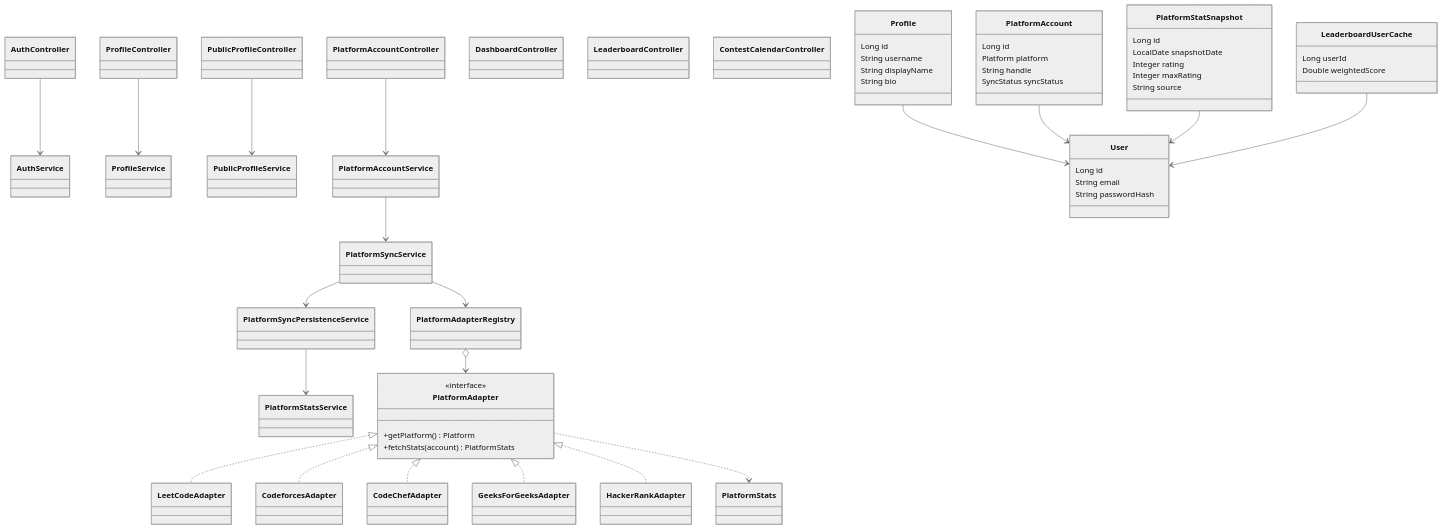
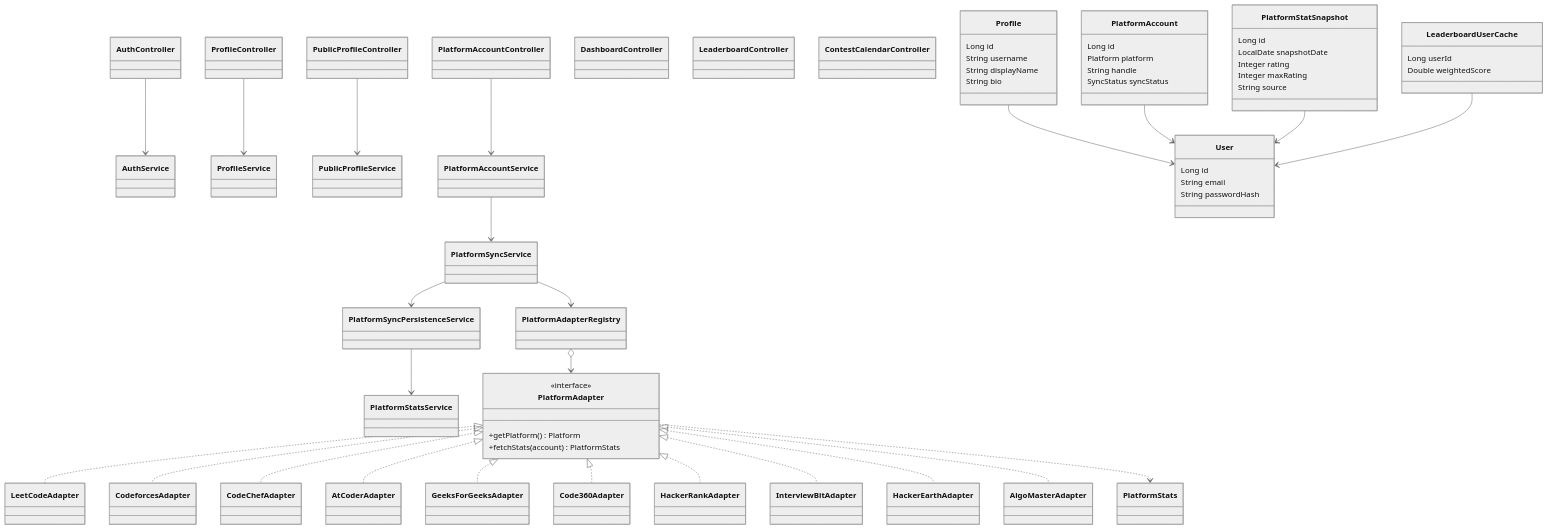
One commit to sajalgoyal007/KodBTW changed the ninth of 11 diagrams in README.md. Above: the diagram before and after it, drawn with Mermaid (neutral theme). The commit also changed other lines of this file and 83 other files, not shown here.

```diff
--- a/README.md
+++ b/README.md
@@ -423,8 +457,13 @@
   class LeetCodeAdapter
   class CodeforcesAdapter
   class CodeChefAdapter
+  class AtCoderAdapter
   class GeeksForGeeksAdapter
+  class Code360Adapter
   class HackerRankAdapter
+  class InterviewBitAdapter
+  class HackerEarthAdapter
+  class AlgoMasterAdapter
   class User {
     Long id
     String email
@@ -465,8 +504,13 @@
   PlatformAdapter <|.. LeetCodeAdapter
   PlatformAdapter <|.. CodeforcesAdapter
   PlatformAdapter <|.. CodeChefAdapter
+  PlatformAdapter <|.. AtCoderAdapter
   PlatformAdapter <|.. GeeksForGeeksAdapter
+  PlatformAdapter <|.. Code360Adapter
   PlatformAdapter <|.. HackerRankAdapter
+  PlatformAdapter <|.. InterviewBitAdapter
+  PlatformAdapter <|.. HackerEarthAdapter
+  PlatformAdapter <|.. AlgoMasterAdapter
   PlatformAdapter ..> PlatformStats
   Profile --> User
   PlatformAccount --> User
```
